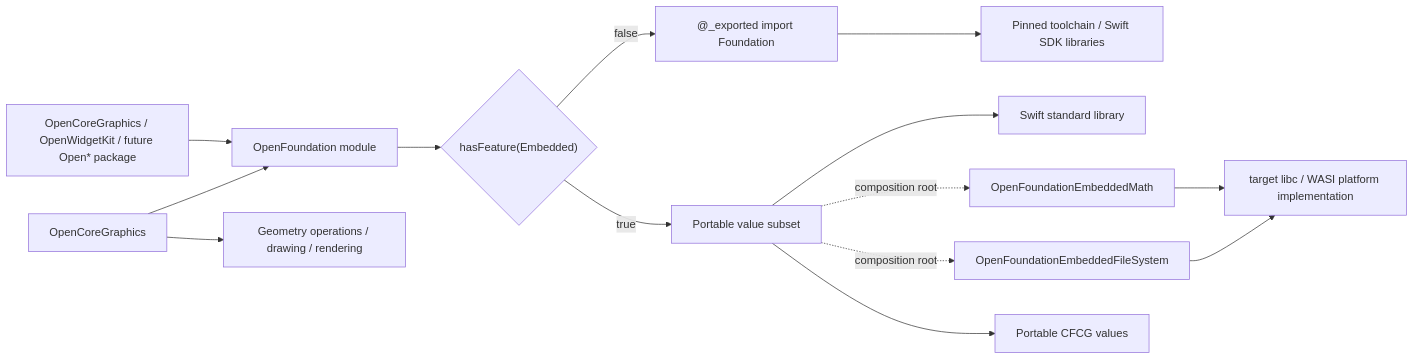
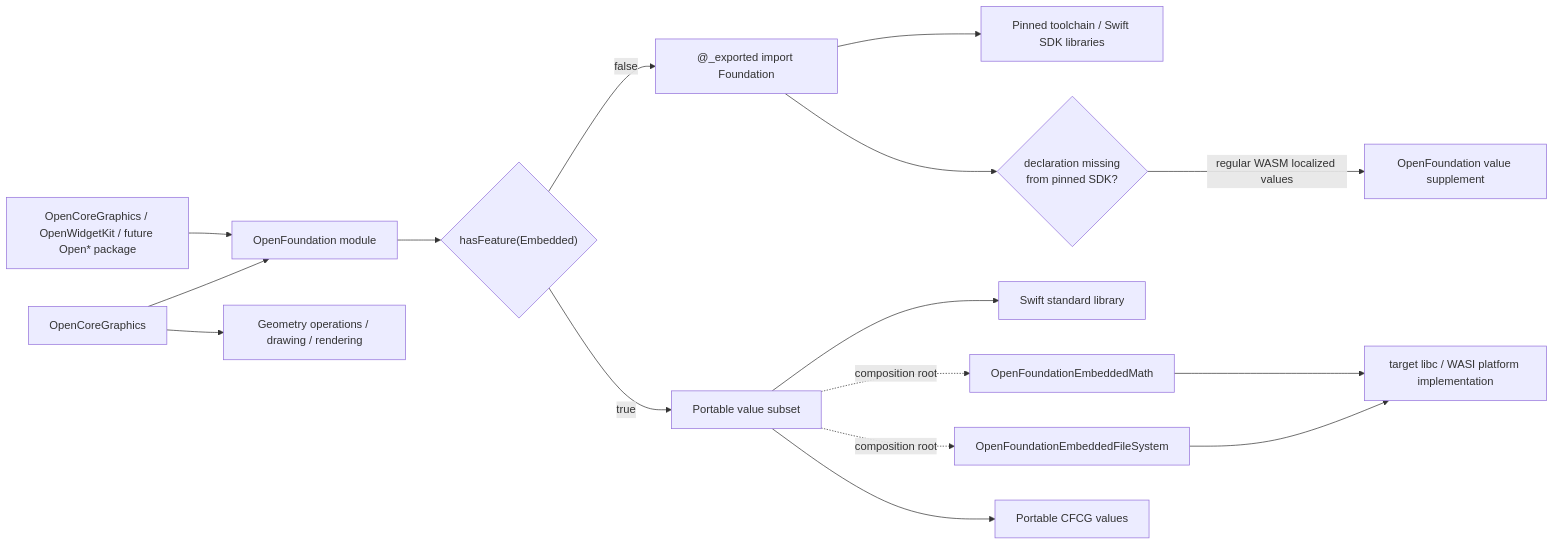
One commit to 1amageek/OpenFoundation changed the first of 2 diagrams in DESIGN.md. Above: the diagram before and after it, drawn with Mermaid. The commit also changed other lines of this file and 8 other files, not shown here.

Commit message:
Add WASM localized string resource support

````diff
--- a/DESIGN.md
+++ b/DESIGN.md
@@ -37,19 +40,21 @@
 ```mermaid
 flowchart LR
     Consumer["OpenCoreGraphics / OpenWidgetKit / future Open* package"] --> OF["OpenFoundation module"]
 
     OF --> Mode{"hasFeature(Embedded)"}
     Mode -->|"false"| Umbrella["@_exported import Foundation"]
     Umbrella --> Toolchain["Pinned toolchain / Swift SDK libraries"]
+    Umbrella --> Missing{"declaration missing<br/>from pinned SDK?"}
+    Missing -->|"regular WASM localized values"| Supplement["OpenFoundation value supplement"]
 
     Mode -->|"true"| Values["Portable value subset"]
     Values --> Stdlib["Swift standard library"]
     Values -.->|"composition root"| Math["OpenFoundationEmbeddedMath"]
     Values -.->|"composition root"| FileSystem["OpenFoundationEmbeddedFileSystem"]
     Math --> Libc["target libc / WASI platform implementation"]
     FileSystem --> Libc
 
     Values --> Geometry["Portable CFCG values"]
     OCG["OpenCoreGraphics"] --> OF
     OCG --> Operations["Geometry operations / drawing / rendering"]
 ```
````
